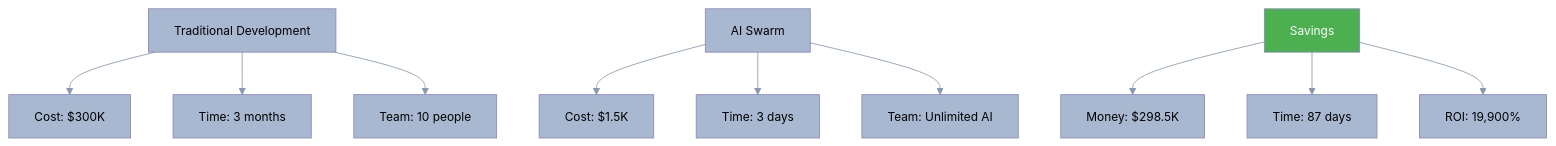
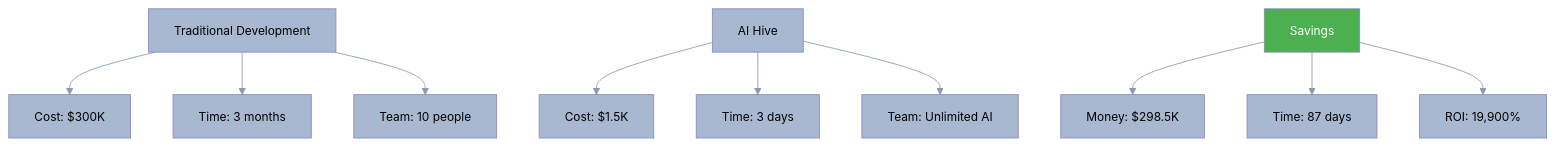
One commit to o2alexanderfedin/AI-Hive-Business-Docs changed the fourth of 9 diagrams in business-documents/market-analysis/06-pricing-analysis.md. Above: the diagram before and after it, drawn with Mermaid. The commit also changed other lines of this file and 22 other files, not shown here.

First line of the commit message:
Replace all references from 'AI Swarm' to 'AI Hive' across project

````diff
--- a/business-documents/market-analysis/06-pricing-analysis.md
+++ b/business-documents/market-analysis/06-pricing-analysis.md
@@ -217,78 +217,78 @@
 ```mermaid
 %%{init: {
   'theme': 'base',
   'themeVariables': {
     'primaryColor': '#A8B8D0',
     'primaryTextColor': '#000000',
     'primaryBorderColor': '#8A9AB2',
     'lineColor': '#8A9AB2',
     'secondaryColor': '#5DBCB6',
     'secondaryTextColor': '#000000',
     'secondaryBorderColor': '#3D9A94',
     'tertiaryColor': '#84D4F5',
     'tertiaryTextColor': '#000000',
     'tertiaryBorderColor': '#5ABCD8',
     'background': '#F5F5F5',
     'mainBkg': '#A8B8D0',
     'secondBkg': '#5DBCB6',
     'tertiaryBkg': '#84D4F5',
     'mainContrastColor': '#000000',
     'darkMode': false,
     'fontFamily': 'Arial, sans-serif',
     'fontSize': '14px',
     'labelBackground': '#E8E8E8',
     'textColor': '#000000',
     'nodeBkg': '#B3B2D8',
     'nodeTextColor': '#000000',
     'nodeBorder': '#8A89C0',
     'clusterBkg': '#E5C4CA',
     'clusterBorder': '#CDA2AB',
     'defaultLinkColor': '#8A9AB2',
     'titleColor': '#000000',
     'edgeLabelBackground': '#F5F5F5',
     'actorBorder': '#8A9AB2',
     'actorBkg': '#B3B2D8',
     'actorTextColor': '#000000',
     'actorLineColor': '#8A9AB2',
     'signalColor': '#000000',
     'signalTextColor': '#000000',
     'activationBorderColor': '#8A9AB2',
     'activationBkgColor': '#E5C4CA',
     'sequenceNumberColor': '#000000',
     'sectionBkgColor': '#FFD54F',
     'altSectionBkgColor': '#FFB74D',
     'sectionBkgColor2': '#E1B3C4',
     'taskBorderColor': '#8A9AB2',
     'taskBkgColor': '#B3B2D8',
     'taskTextColor': '#000000',
     'taskTextLightColor': '#000000',
     'taskTextOutsideColor': '#000000',
     'taskTextClickableColor': '#000000',
     'activeTaskBorderColor': '#A8B8D0',
     'activeTaskBkgColor': '#84D4F5',
     'gridColor': '#C0C0C0',
     'doneTaskBkgColor': '#5DBCB6',
     'doneTaskBorderColor': '#3D9A94',
     'critBorderColor': '#E27D00',
     'critBkgColor': '#FFB74D',
     'todayLineColor': '#E27D00',
     'labelColor': '#000000',
     'errorBkgColor': '#E1B3C4',
     'errorTextColor': '#000000'
   }
 }}%%
 graph TD
     A[Traditional Development] --> A1[Cost: $300K]
     A --> A2[Time: 3 months]
     A --> A3[Team: 10 people]
 
-    B[AI Swarm] --> B1[Cost: $1.5K]
+    B[AI Hive] --> B1[Cost: $1.5K]
     B --> B2[Time: 3 days]
     B --> B3[Team: Unlimited AI]
 
     C[Savings] --> C1[Money: $298.5K]
     C --> C2[Time: 87 days]
     C --> C3[ROI: 19,900%]
 
     style C fill:#4CAF50,color:#fff
 ```
````
